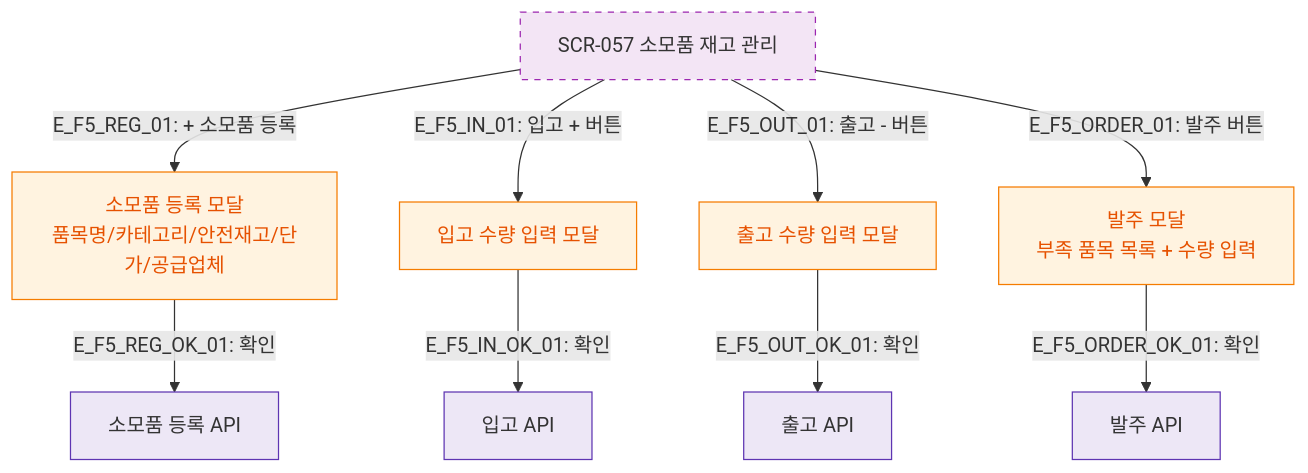
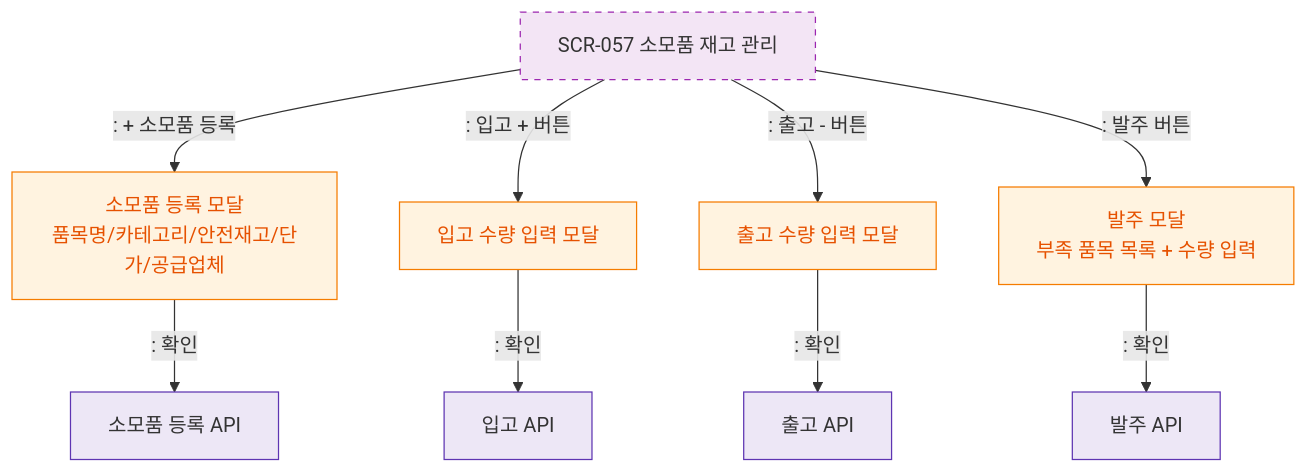
One commit to dev-spogym/admin-pando changed the diagram in docs/다이어그램/D06_시설관리/SCR-057_소모품재고관리/F5_모달트리거.md. Above: the diagram before and after it, drawn with Mermaid. The commit also changed other lines of this file and 1660 other files, not shown here.

First line of the commit message:
다이어그램: 기획자/클라이언트 납품본으로 정리

````diff
--- a/docs/다이어그램/D06_시설관리/SCR-057_소모품재고관리/F5_모달트리거.md
+++ b/docs/다이어그램/D06_시설관리/SCR-057_소모품재고관리/F5_모달트리거.md
@@ -16,21 +14,21 @@
 ```mermaid
 flowchart TD
     SCR_057[SCR-057 소모품 재고 관리]
 
-    SCR_057 -->|"E_F5_REG_01: + 소모품 등록"| RegModal[소모품 등록 모달\n품목명/카테고리/안전재고/단가/공급업체]
-    SCR_057 -->|"E_F5_IN_01: 입고 + 버튼"| InModal[입고 수량 입력 모달]
-    SCR_057 -->|"E_F5_OUT_01: 출고 - 버튼"| OutModal[출고 수량 입력 모달]
-    SCR_057 -->|"E_F5_ORDER_01: 발주 버튼"| OrderModal[발주 모달\n부족 품목 목록 + 수량 입력]
+    SCR_057 -->|": + 소모품 등록"|RegModal[소모품 등록 모달\n품목명/카테고리/안전재고/단가/공급업체]
+    SCR_057 -->|": 입고 + 버튼"|InModal[입고 수량 입력 모달]
+    SCR_057 -->|": 출고 - 버튼"|OutModal[출고 수량 입력 모달]
+    SCR_057 -->|": 발주 버튼"|OrderModal[발주 모달\n부족 품목 목록 + 수량 입력]
 
-    RegModal -->|"E_F5_REG_OK_01: 확인"| RegAPI[소모품 등록 API]
-    InModal -->|"E_F5_IN_OK_01: 확인"| InAPI[입고 API]
-    OutModal -->|"E_F5_OUT_OK_01: 확인"| OutAPI[출고 API]
-    OrderModal -->|"E_F5_ORDER_OK_01: 확인"| OrderAPI[발주 API]
+    RegModal -->|": 확인"|RegAPI[소모품 등록 API]
+    InModal -->|": 확인"|InAPI[입고 API]
+    OutModal -->|": 확인"|OutAPI[출고 API]
+    OrderModal -->|": 확인"|OrderAPI[발주 API]
 
     classDef newFeature fill:#F3E5F5,stroke:#9C27B0,stroke-dasharray:5 5
     classDef modal fill:#FFF3E0,stroke:#F57C00,color:#E65100
     classDef system fill:#EDE7F6,stroke:#5E35B2
     class SCR_057 newFeature
     class RegModal,InModal,OutModal,OrderModal modal
     class RegAPI,InAPI,OutAPI,OrderAPI system
 ```
````
